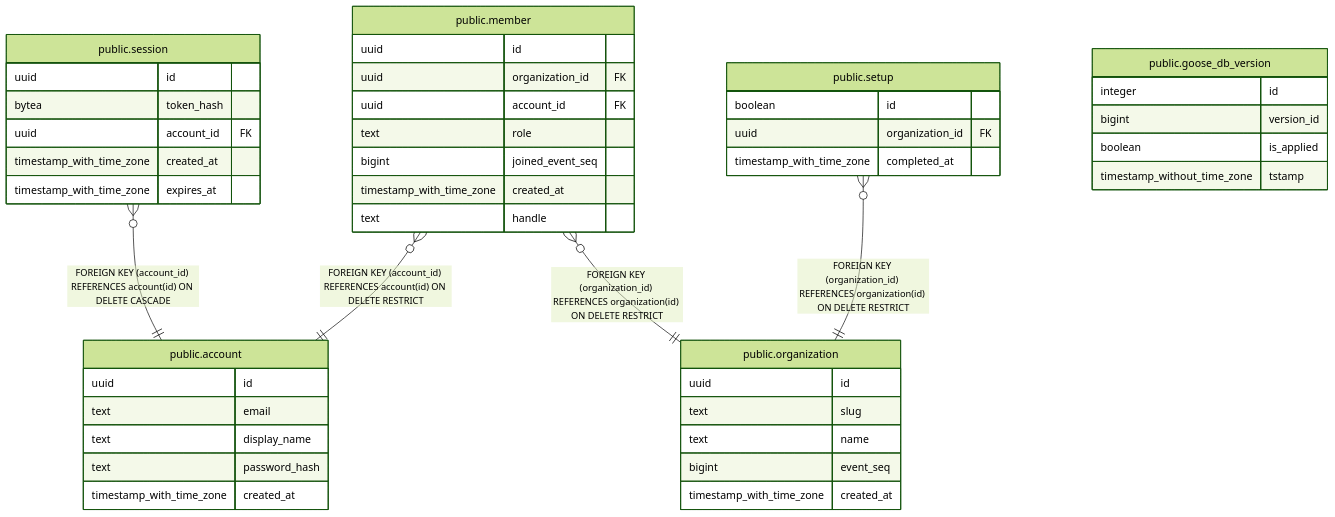
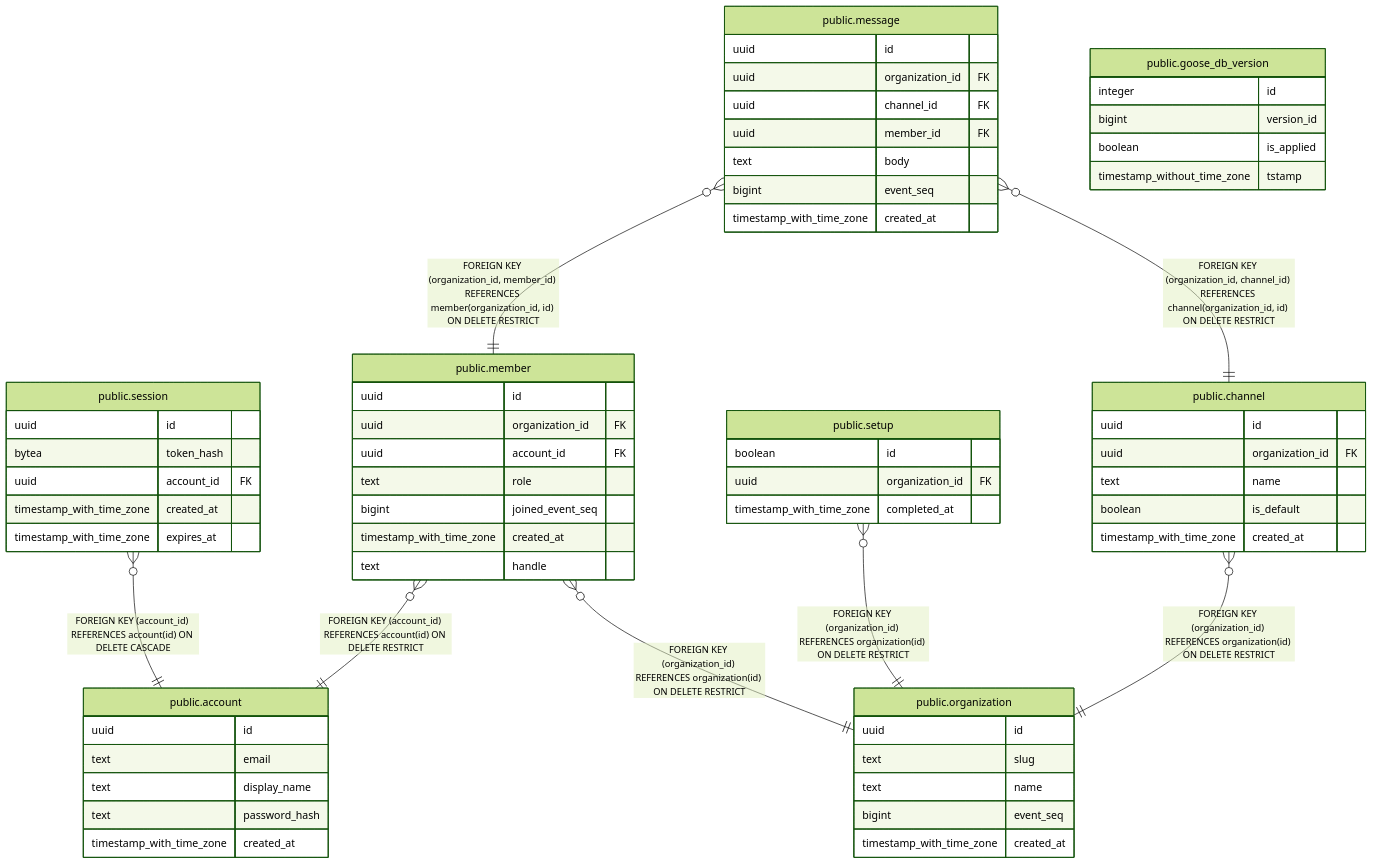
One commit to tkakkie/ribbitto changed the diagram in docs/schema/README.md. Above: the diagram before and after it, drawn with Mermaid (forest theme). The commit also changed other lines of this file and 20 other files, not shown here.

First line of the commit message:
feat: add channel and message schema and validation

````diff
--- a/docs/schema/README.md
+++ b/docs/schema/README.md
@@ -16,50 +18,69 @@
 ```mermaid
 erDiagram
 
 "public.session" }o--|| "public.account" : "FOREIGN KEY (account_id) REFERENCES account(id) ON DELETE CASCADE"
 "public.member" }o--|| "public.organization" : "FOREIGN KEY (organization_id) REFERENCES organization(id) ON DELETE RESTRICT"
 "public.member" }o--|| "public.account" : "FOREIGN KEY (account_id) REFERENCES account(id) ON DELETE RESTRICT"
 "public.setup" }o--|| "public.organization" : "FOREIGN KEY (organization_id) REFERENCES organization(id) ON DELETE RESTRICT"
+"public.channel" }o--|| "public.organization" : "FOREIGN KEY (organization_id) REFERENCES organization(id) ON DELETE RESTRICT"
+"public.message" }o--|| "public.member" : "FOREIGN KEY (organization_id, member_id) REFERENCES member(organization_id, id) ON DELETE RESTRICT"
+"public.message" }o--|| "public.channel" : "FOREIGN KEY (organization_id, channel_id) REFERENCES channel(organization_id, id) ON DELETE RESTRICT"
 
 "public.goose_db_version" {
   integer id
   bigint version_id
   boolean is_applied
   timestamp_without_time_zone tstamp
 }
 "public.organization" {
   uuid id
   text slug
   text name
   bigint event_seq
   timestamp_with_time_zone created_at
 }
 "public.account" {
   uuid id
   text email
   text display_name
   text password_hash
   timestamp_with_time_zone created_at
 }
 "public.session" {
   uuid id
   bytea token_hash
   uuid account_id FK
   timestamp_with_time_zone created_at
   timestamp_with_time_zone expires_at
 }
 "public.member" {
   uuid id
   uuid organization_id FK
   uuid account_id FK
   text role
   bigint joined_event_seq
   timestamp_with_time_zone created_at
   text handle
 }
 "public.setup" {
   boolean id
   uuid organization_id FK
   timestamp_with_time_zone completed_at
 }
+"public.channel" {
+  uuid id
+  uuid organization_id FK
+  text name
+  boolean is_default
+  timestamp_with_time_zone created_at
+}
+"public.message" {
+  uuid id
+  uuid organization_id FK
+  uuid channel_id FK
+  uuid member_id FK
+  text body
+  bigint event_seq
+  timestamp_with_time_zone created_at
+}
 ```
````
